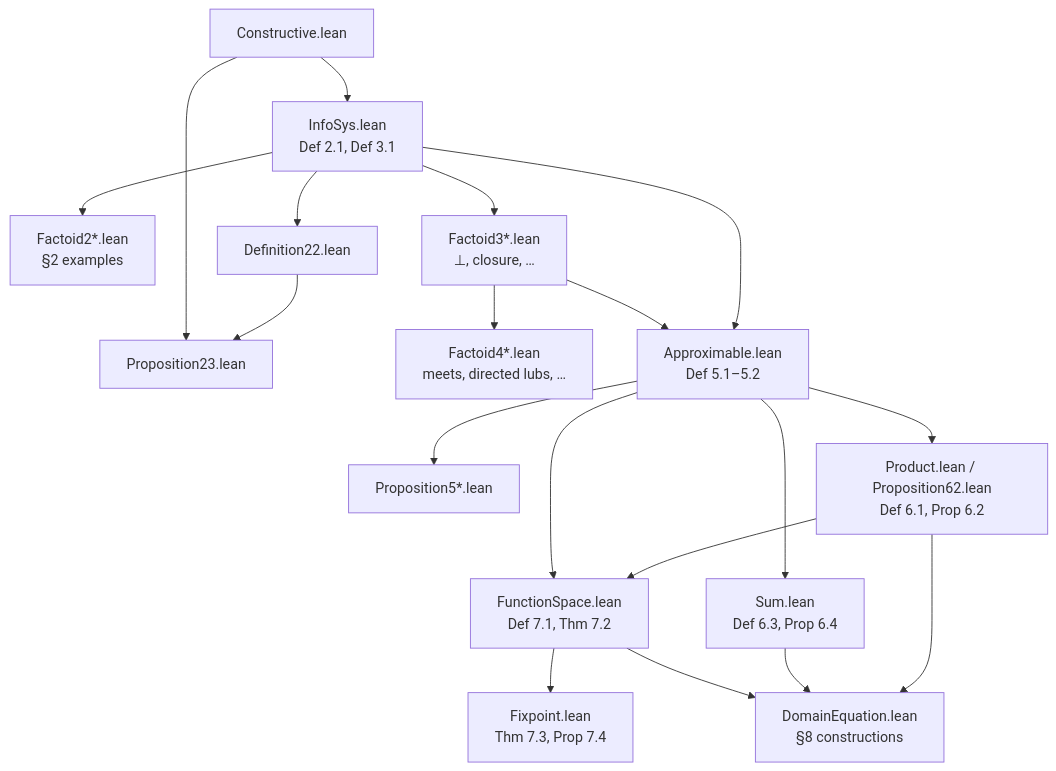
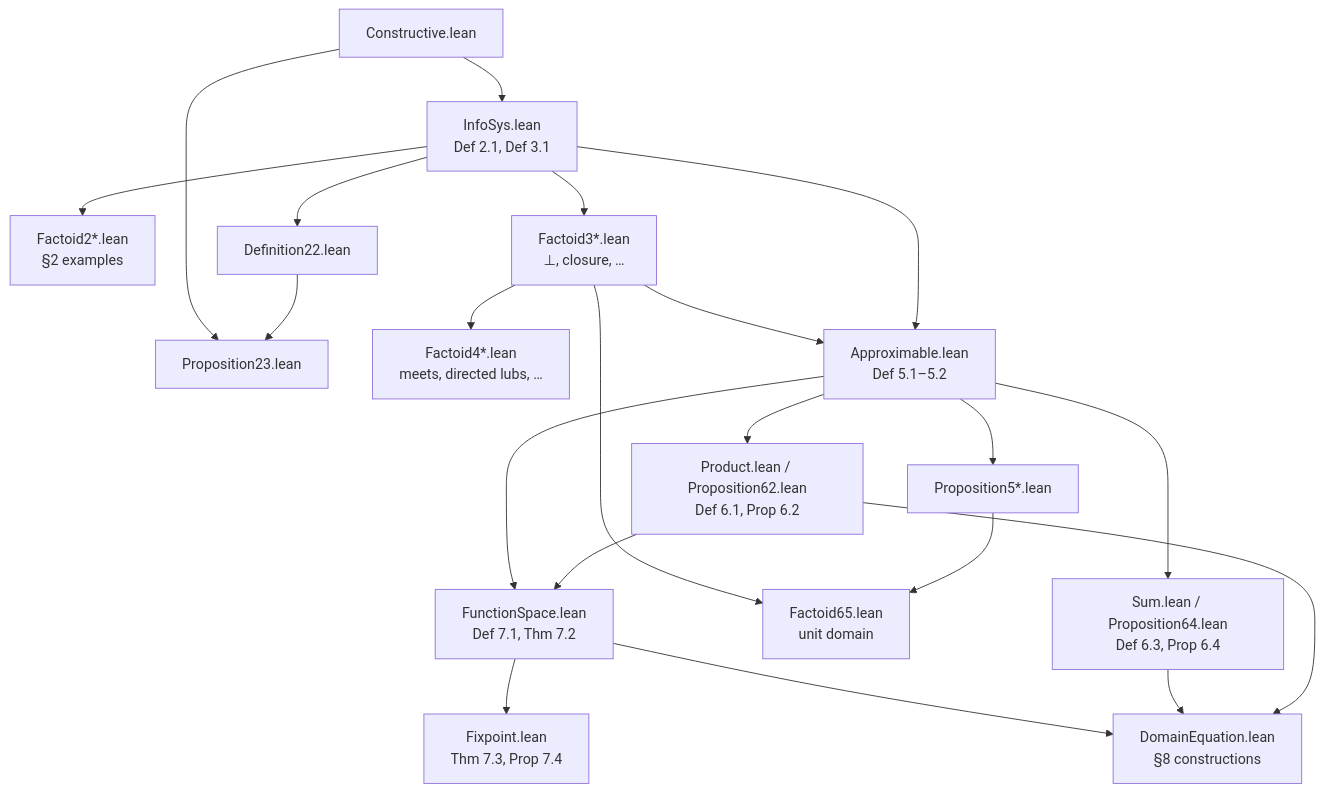
One commit to catskillsresearch/scott1982 changed the second of 10 diagrams in arxiv.md. Above: the diagram before and after it, drawn with Mermaid. The commit also changed other lines of this file and 5 other files, not shown here.

Commit message:
Prove Proposition 6.4 and Factoid 6.5; update §6 inventory.

````diff
--- a/arxiv.md
+++ b/arxiv.md
@@ -73,35 +73,38 @@
 ```mermaid
 flowchart TD
   C["Constructive.lean"]
   IS["InfoSys.lean<br/>Def 2.1, Def 3.1"]
   F2["Factoid2*.lean<br/>§2 examples"]
   D22["Definition22.lean"]
   P23["Proposition23.lean"]
   F3["Factoid3*.lean<br/>⊥, closure, …"]
   F4["Factoid4*.lean<br/>meets, directed lubs, …"]
   Ap["Approximable.lean<br/>Def 5.1–5.2"]
   P5["Proposition5*.lean"]
   Pr["Product.lean / Proposition62.lean<br/>Def 6.1, Prop 6.2"]
-  Su["Sum.lean<br/>Def 6.3, Prop 6.4"]
+  Su["Sum.lean / Proposition64.lean<br/>Def 6.3, Prop 6.4"]
+  F65["Factoid65.lean<br/>unit domain"]
   FS["FunctionSpace.lean<br/>Def 7.1, Thm 7.2"]
   Fx["Fixpoint.lean<br/>Thm 7.3, Prop 7.4"]
   DE["DomainEquation.lean<br/>§8 constructions"]
 
   C --> IS
   IS --> F2
   IS --> D22 --> P23
   C --> P23
   IS --> F3
   F3 --> F4
   IS --> Ap
   F3 --> Ap
   Ap --> P5
   Ap --> Pr
   Ap --> Su
+  P5 --> F65
+  F3 --> F65
   Pr --> FS
   Ap --> FS
   FS --> Fx
   Pr --> DE
   Su --> DE
   FS --> DE
 ```
````
